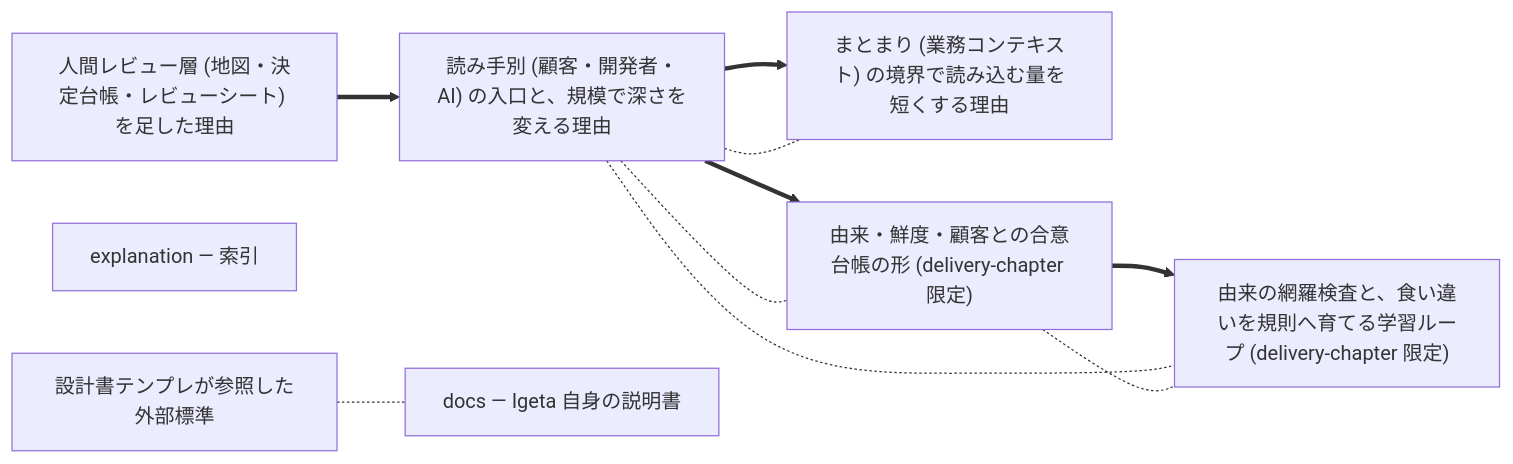
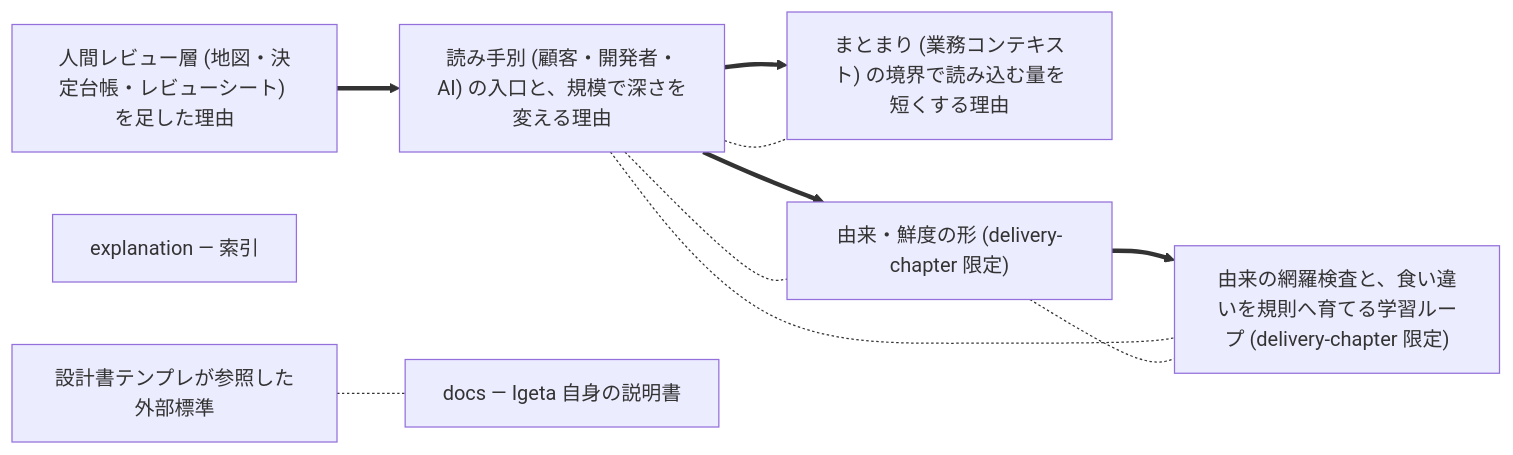
Before and after one commit to SakakitaniJunya/Igeta: the diagram in docs/dependencies.md, drawn with Mermaid. The commit also changed other lines of this file and 17 other files, not shown here.

````diff
--- a/docs/dependencies.md
+++ b/docs/dependencies.md
@@ -12,39 +12,39 @@
 ```mermaid
 graph LR
   classDef standard fill:#fde68a,stroke:#92400e,color:#111
   classDef architecture fill:#bfdbfe,stroke:#1e3a8a,color:#111
   classDef strategy fill:#fbcfe8,stroke:#9d174d,color:#111
   classDef prd fill:#bbf7d0,stroke:#065f46,color:#111
   classDef business fill:#a7f3d0,stroke:#064e3b,color:#111
   classDef adr fill:#c7d2fe,stroke:#3730a3,color:#111
   classDef runbook fill:#fecaca,stroke:#7f1d1d,color:#111
   classDef guide fill:#e9d5ff,stroke:#581c87,color:#111
   classDef design fill:#ddd6fe,stroke:#6d28d9,color:#111
   classDef map fill:#fef3c7,stroke:#78350f,color:#111
   classDef decision_log fill:#fee2e2,stroke:#7f1d1d,color:#111
   audience-layers["読み手別 (顧客・開発者・AI) の入口と、規模で深さを変える理由"]
   class audience-layers explanation
   context-boundaries["まとまり (業務コンテキスト) の境界で読み込む量を短くする理由"]
   class context-boundaries explanation
   coverage-and-learning["由来の網羅検査と、食い違いを規則へ育てる学習ループ (delivery-chapter 限定)"]
   class coverage-and-learning explanation
   design-doc-standards["設計書テンプレが参照した外部標準"]
   class design-doc-standards explanation
   docs-index["docs — Igeta 自身の説明書"]
   class docs-index index
   explanation-index["explanation — 索引"]
   class explanation-index index
   human-review-layer["人間レビュー層 (地図・決定台帳・レビューシート) を足した理由"]
   class human-review-layer explanation
-  provenance-and-agreement["由来・鮮度・顧客との合意台帳の形 (delivery-chapter 限定)"]
+  provenance-and-agreement["由来・鮮度の形 (delivery-chapter 限定)"]
   class provenance-and-agreement explanation
   human-review-layer ==> audience-layers
   audience-layers ==> context-boundaries
   provenance-and-agreement ==> coverage-and-learning
   audience-layers ==> provenance-and-agreement
   audience-layers -.- provenance-and-agreement
   audience-layers -.- coverage-and-learning
   audience-layers -.- context-boundaries
   design-doc-standards -.- docs-index
   provenance-and-agreement -.- coverage-and-learning
 ```
````
